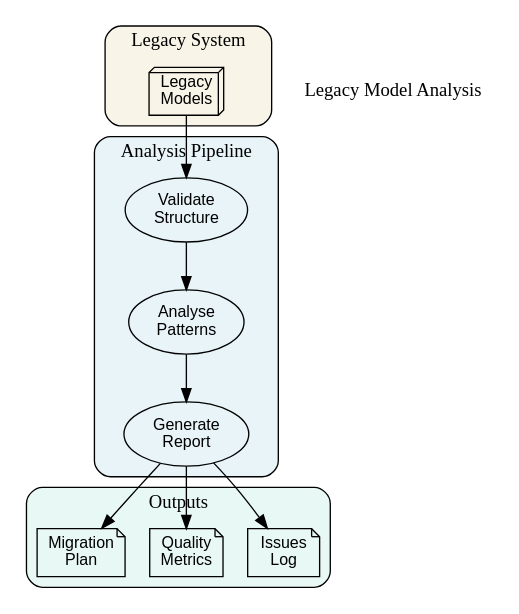
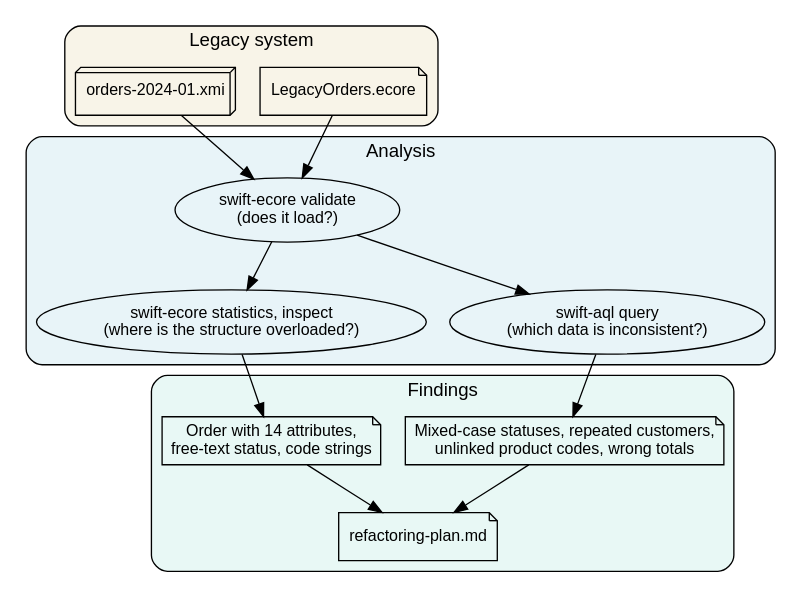
One commit to mipalgu/swift-modelling changed the diagram in Sources/SwiftModelling/SwiftModelling.docc/Resources/legacy-model-analysis.dot. Above: the diagram before and after it, drawn with Graphviz. The commit also changed 89 other files, not shown here.

```diff
--- a/Sources/SwiftModelling/SwiftModelling.docc/Resources/legacy-model-analysis.dot
+++ b/Sources/SwiftModelling/SwiftModelling.docc/Resources/legacy-model-analysis.dot
@@ -1,41 +1,45 @@
 digraph LegacyModelAnalysis {
     bgcolor="white"
+    fontname="Arial"
     rankdir=TB
     node [shape=box, style=rounded, fontname="Arial", fontsize=12]
     edge [fontname="Arial", fontsize=10]
-    
+
     subgraph cluster_legacy {
-        label="Legacy System"
+        label="Legacy system"
         style=rounded
         bgcolor="#f8f4e8"
-        
-        legacy [label="Legacy\nModels" shape=box3d]
+
+        metamodel [label="LegacyOrders.ecore" shape=note]
+        data [label="orders-2024-01.xmi" shape=box3d]
     }
-    
+
     subgraph cluster_analysis {
-        label="Analysis Pipeline"
+        label="Analysis"
         style=rounded
         bgcolor="#e8f4f8"
-        
-        validate [label="Validate\nStructure" shape=ellipse]
-        analyse [label="Analyse\nPatterns" shape=ellipse]
-        report [label="Generate\nReport" shape=ellipse]
+
+        validate [label="swift-ecore validate\n(does it load?)" shape=ellipse]
+        measure [label="swift-ecore statistics, inspect\n(where is the structure overloaded?)" shape=ellipse]
+        query [label="swift-aql query\n(which data is inconsistent?)" shape=ellipse]
     }
-    
+
     subgraph cluster_output {
-        label="Outputs"
+        label="Findings"
         style=rounded
         bgcolor="#e8f8f5"
-        
-        issues [label="Issues\nLog" shape=note]
-        metrics [label="Quality\nMetrics" shape=note]
-        migration [label="Migration\nPlan" shape=note]
+
+        structure [label="Order with 14 attributes,\nfree-text status, code strings" shape=note]
+        quality [label="Mixed-case statuses, repeated customers,\nunlinked product codes, wrong totals" shape=note]
+        plan [label="refactoring-plan.md" shape=note]
     }
-    
-    legacy -> validate -> analyse -> report
-    report -> issues
-    report -> metrics
-    report -> migration
-    
-    legendTitle [label="Legacy Model Analysis" shape=plaintext fontname="Arial Bold" fontsize=14]
+
+    metamodel -> validate
+    data -> validate
+    validate -> measure
+    validate -> query
+    measure -> structure
+    query -> quality
+    structure -> plan
+    quality -> plan
 }
```
